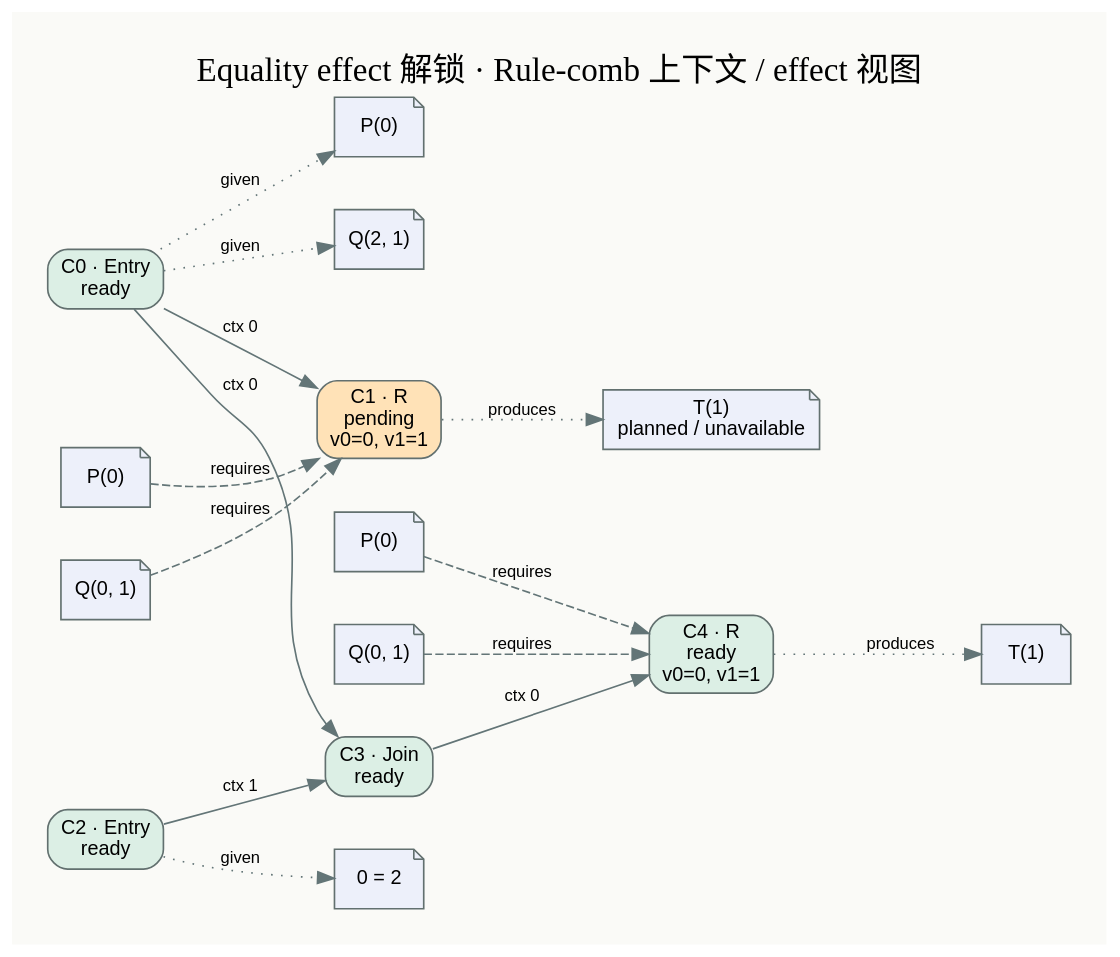
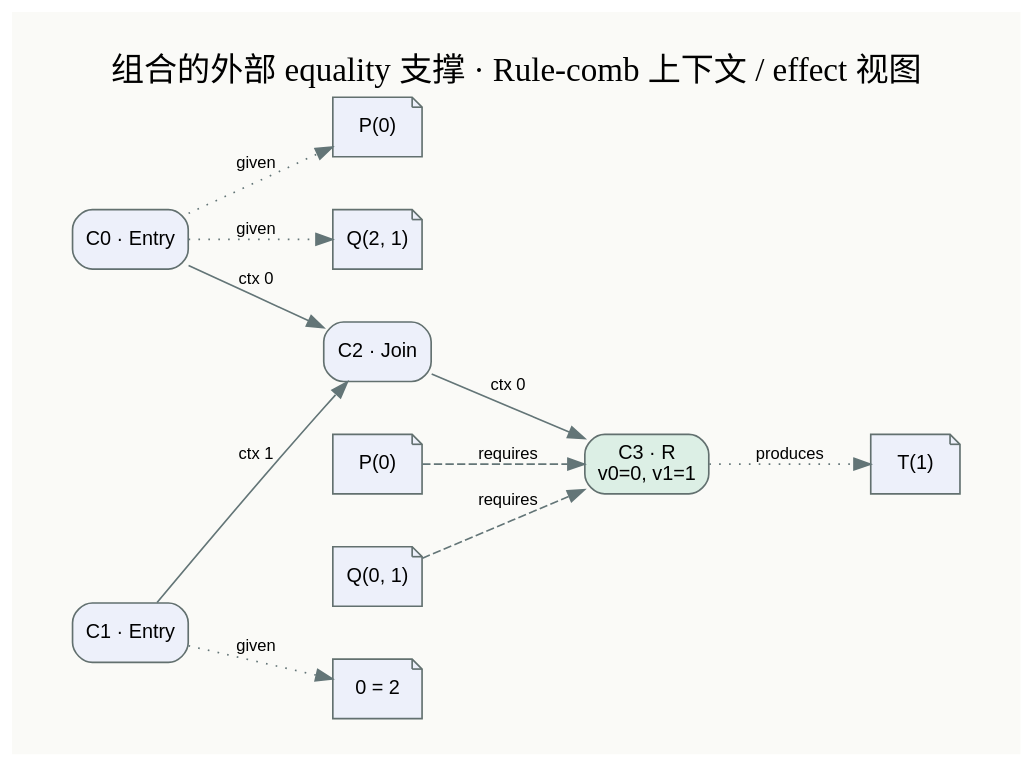
One commit to MilkBlock/fractal_egraph changed the diagram in experiments/tier1_effects/union.dot. Above: the diagram before and after it, drawn with Graphviz. The commit also changed 32 other files, not shown here.

```diff
--- a/experiments/tier1_effects/union.dot
+++ b/experiments/tier1_effects/union.dot
@@ -1,33 +1,25 @@
 digraph G {
 graph [rankdir=LR,bgcolor="#fafaf7",pad=0.3,nodesep=0.45,ranksep=0.8];
 node [fontname="Arial",fontsize=12,shape=box,style="rounded,filled",color="#62706f"];
 edge [fontname="Arial",fontsize=10,color="#637577"];
-label="Equality effect 解锁 · Rule-comb 上下文 / effect 视图";labelloc=t;fontsize=20;
-c0 [label="C0 · Entry\nready",fillcolor="#dcefe5"];
+label="组合的外部 equality 支撑 · Rule-comb 上下文 / effect 视图";labelloc=t;fontsize=20;
+c0 [label="C0 · Entry",fillcolor="#edf0fa"];
 e0_given_0 [label="P(0)",shape=note,fillcolor="#edf0fa"];
 c0 -> e0_given_0 [style=dotted,label="given"];
 e0_given_1 [label="Q(2, 1)",shape=note,fillcolor="#edf0fa"];
 c0 -> e0_given_1 [style=dotted,label="given"];
-c1 [label="C1 · R\npending\nv0=0, v1=1",fillcolor="#ffe2b7"];
-c0 -> c1 [label="ctx 0"];
-e1_requires_0 [label="P(0)",shape=note,fillcolor="#edf0fa"];
-e1_requires_0 -> c1 [style=dashed,label="requires"];
-e1_requires_1 [label="Q(0, 1)",shape=note,fillcolor="#edf0fa"];
-e1_requires_1 -> c1 [style=dashed,label="requires"];
-e1_produces_0 [label="T(1)\nplanned / unavailable",shape=note,fillcolor="#edf0fa"];
-c1 -> e1_produces_0 [style=dotted,label="produces"];
-c2 [label="C2 · Entry\nready",fillcolor="#dcefe5"];
-e2_given_0 [label="0 = 2",shape=note,fillcolor="#edf0fa"];
-c2 -> e2_given_0 [style=dotted,label="given"];
-c3 [label="C3 · Join\nready",fillcolor="#dcefe5"];
-c0 -> c3 [label="ctx 0"];
-c2 -> c3 [label="ctx 1"];
-c4 [label="C4 · R\nready\nv0=0, v1=1",fillcolor="#dcefe5"];
-c3 -> c4 [label="ctx 0"];
-e4_requires_0 [label="P(0)",shape=note,fillcolor="#edf0fa"];
-e4_requires_0 -> c4 [style=dashed,label="requires"];
-e4_requires_1 [label="Q(0, 1)",shape=note,fillcolor="#edf0fa"];
-e4_requires_1 -> c4 [style=dashed,label="requires"];
-e4_produces_0 [label="T(1)",shape=note,fillcolor="#edf0fa"];
-c4 -> e4_produces_0 [style=dotted,label="produces"];
+c1 [label="C1 · Entry",fillcolor="#edf0fa"];
+e1_given_0 [label="0 = 2",shape=note,fillcolor="#edf0fa"];
+c1 -> e1_given_0 [style=dotted,label="given"];
+c2 [label="C2 · Join",fillcolor="#edf0fa"];
+c0 -> c2 [label="ctx 0"];
+c1 -> c2 [label="ctx 1"];
+c3 [label="C3 · R\nv0=0, v1=1",fillcolor="#dcefe5"];
+c2 -> c3 [label="ctx 0"];
+e3_requires_0 [label="P(0)",shape=note,fillcolor="#edf0fa"];
+e3_requires_0 -> c3 [style=dashed,label="requires"];
+e3_requires_1 [label="Q(0, 1)",shape=note,fillcolor="#edf0fa"];
+e3_requires_1 -> c3 [style=dashed,label="requires"];
+e3_produces_0 [label="T(1)",shape=note,fillcolor="#edf0fa"];
+c3 -> e3_produces_0 [style=dotted,label="produces"];
 }
```
